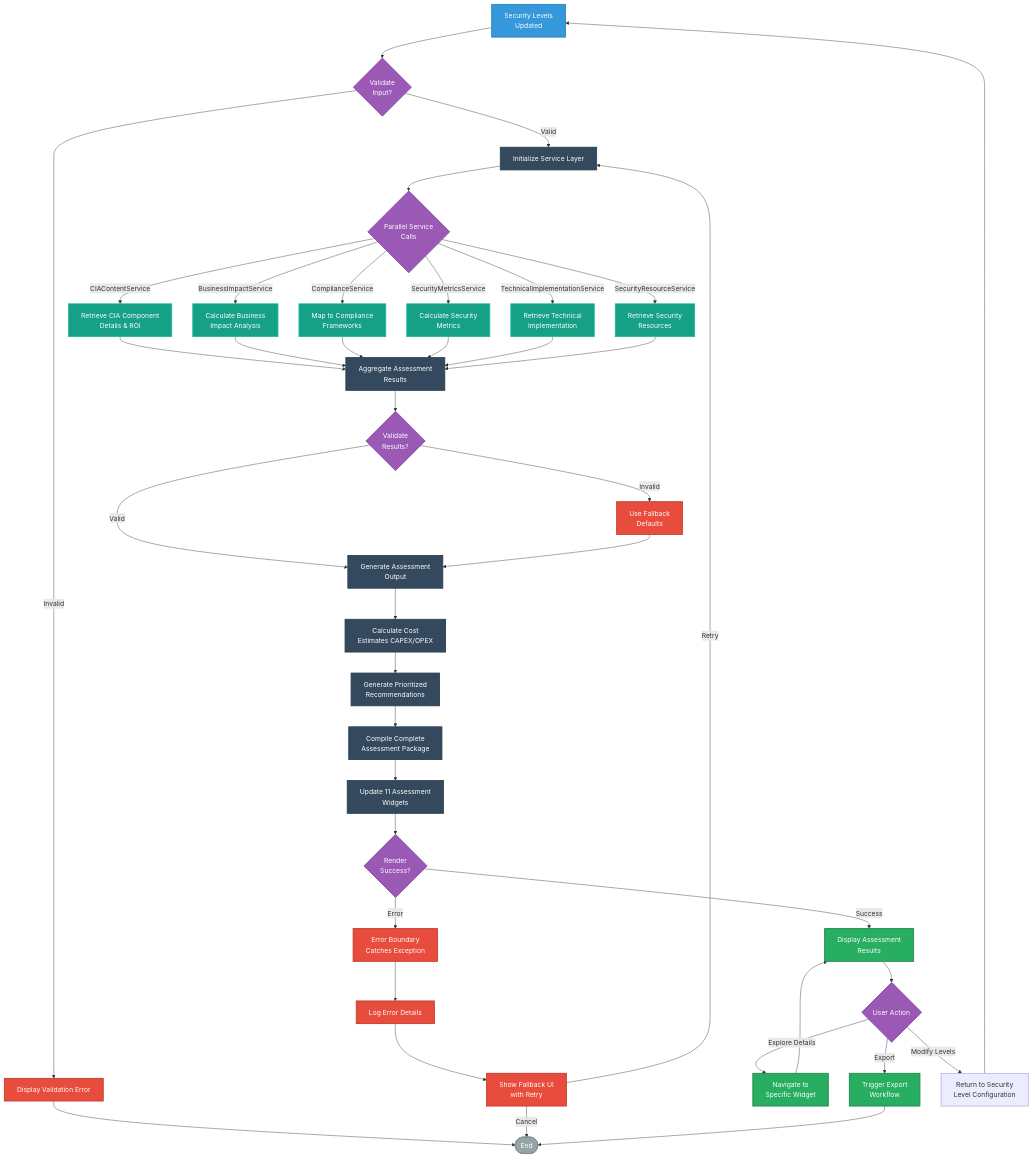
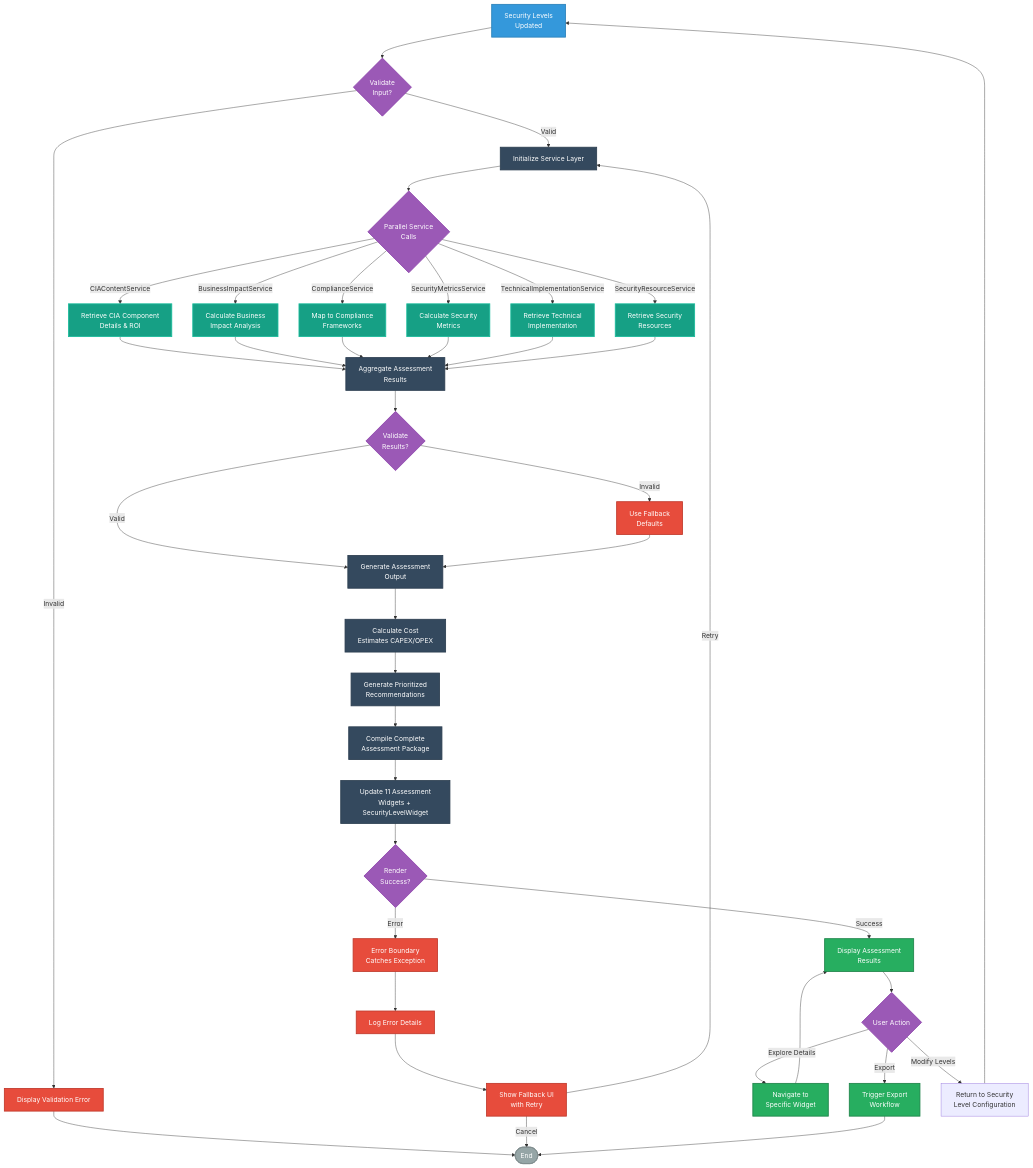
The second of 13 diagrams in docs/architecture/FLOWCHART.md (Hack23/cia-compliance-manager), drawn with Mermaid before and after one commit. The commit also changed other lines of this file, not shown here.

Commit message:
fix: address PR review comments - widget count, version consistency, and code examples

````diff
--- a/docs/architecture/FLOWCHART.md
+++ b/docs/architecture/FLOWCHART.md
@@ -127,67 +127,67 @@
 ```mermaid
 flowchart TD
     SecurityLevels[Security Levels<br>Updated] --> ValidateLevels{Validate<br>Input?}
     ValidateLevels -->|Valid| InitServices[Initialize Service Layer]
     ValidateLevels -->|Invalid| ValidationError[Display Validation Error]
     ValidationError --> End([End])
     
     InitServices --> ParallelFetch{Parallel Service<br>Calls}
     
     ParallelFetch -->|CIAContentService| GetCIADetails[Retrieve CIA Component<br>Details & ROI]
     ParallelFetch -->|BusinessImpactService| CalcBusinessImpact[Calculate Business<br>Impact Analysis]
     ParallelFetch -->|ComplianceService| MapCompliance[Map to Compliance<br>Frameworks]
     ParallelFetch -->|SecurityMetricsService| CalcMetrics[Calculate Security<br>Metrics]
     ParallelFetch -->|TechnicalImplementationService| GetTechDetails[Retrieve Technical<br>Implementation]
     ParallelFetch -->|SecurityResourceService| GetResources[Retrieve Security<br>Resources]
     
     GetCIADetails --> Aggregate[Aggregate Assessment<br>Results]
     CalcBusinessImpact --> Aggregate
     MapCompliance --> Aggregate
     CalcMetrics --> Aggregate
     GetTechDetails --> Aggregate
     GetResources --> Aggregate
     
     Aggregate --> ValidateResults{Validate<br>Results?}
     ValidateResults -->|Valid| GenerateOutput[Generate Assessment<br>Output]
     ValidateResults -->|Invalid| FallbackData[Use Fallback<br>Defaults]
     FallbackData --> GenerateOutput
     
     GenerateOutput --> CalcCostEstimates[Calculate Cost<br>Estimates CAPEX/OPEX]
     CalcCostEstimates --> GenRecommendations[Generate Prioritized<br>Recommendations]
     GenRecommendations --> CompileResults[Compile Complete<br>Assessment Package]
-    CompileResults --> UpdateWidgets[Update 11 Assessment<br>Widgets]
+    CompileResults --> UpdateWidgets[Update 11 Assessment<br>Widgets + SecurityLevelWidget]
     
     UpdateWidgets --> RenderCheck{Render<br>Success?}
     RenderCheck -->|Success| DisplayResults[Display Assessment<br>Results]
     RenderCheck -->|Error| ErrorBoundary[Error Boundary<br>Catches Exception]
     ErrorBoundary --> LogError[Log Error Details]
     LogError --> ShowFallbackUI[Show Fallback UI<br>with Retry]
     ShowFallbackUI -->|Retry| InitServices
     ShowFallbackUI -->|Cancel| End
     
     DisplayResults --> UserAction{User Action}
     UserAction -->|Explore Details| DrillDown[Navigate to<br>Specific Widget]
     UserAction -->|Export| TriggerExport[Trigger Export<br>Workflow]
     UserAction -->|Modify Levels| UpdateLevels[Return to Security<br>Level Configuration]
     
     DrillDown --> DisplayResults
     TriggerExport --> End
     UpdateLevels --> SecurityLevels
     
     %% Apply styles using class definitions
     classDef input fill:#3498db,stroke:#2980b9,stroke-width:2px,color:white
     classDef process fill:#34495e,stroke:#2c3e50,stroke-width:2px,color:white
     classDef service fill:#16a085,stroke:#1abc9c,stroke-width:2px,color:white
     classDef decision fill:#9b59b6,stroke:#8e44ad,stroke-width:2px,color:white
     classDef error fill:#e74c3c,stroke:#c0392b,stroke-width:2px,color:white
     classDef output fill:#27ae60,stroke:#1e8449,stroke-width:2px,color:white
     classDef endnode fill:#95a5a6,stroke:#7f8c8d,stroke-width:2px,color:white
     
     class SecurityLevels input
     class InitServices,Aggregate,GenerateOutput,CalcCostEstimates,GenRecommendations,CompileResults,UpdateWidgets process
     class GetCIADetails,CalcBusinessImpact,MapCompliance,CalcMetrics,GetTechDetails,GetResources service
     class ValidateLevels,ParallelFetch,ValidateResults,RenderCheck,UserAction decision
     class ValidationError,FallbackData,ErrorBoundary,LogError,ShowFallbackUI error
     class DisplayResults,DrillDown,TriggerExport output
     class End endnode
 ```
````
